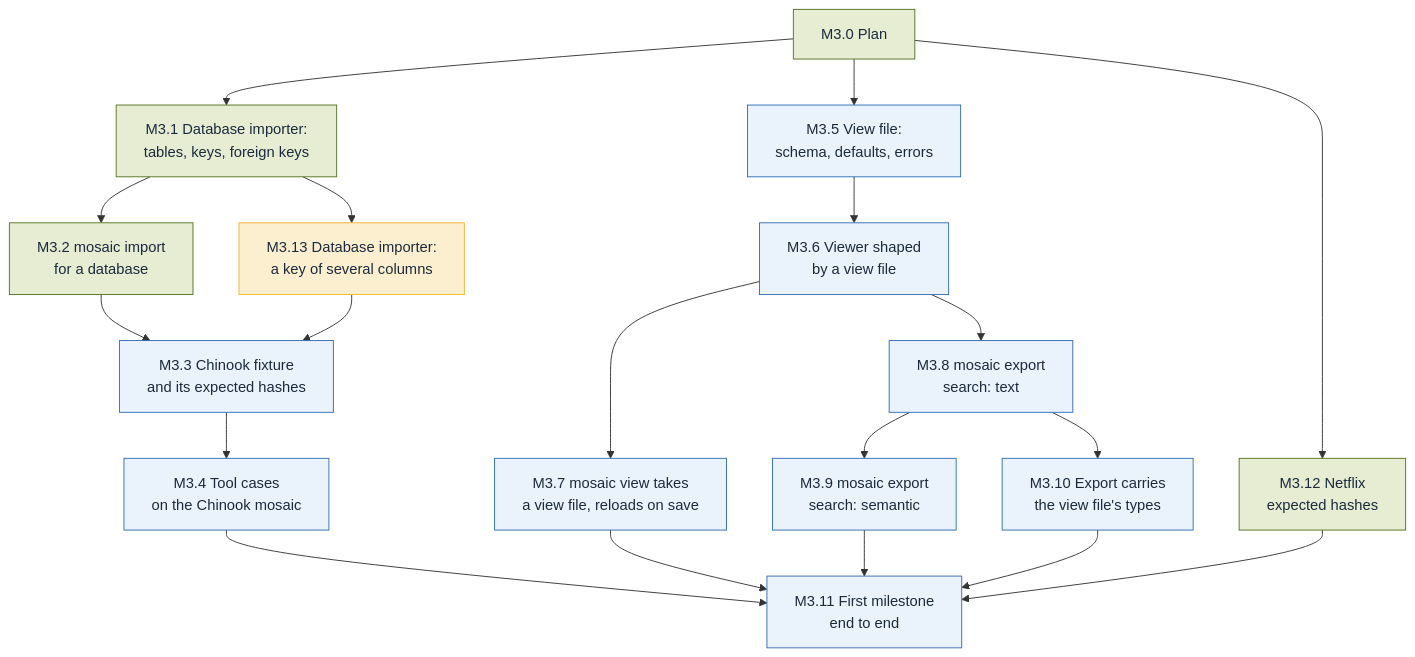
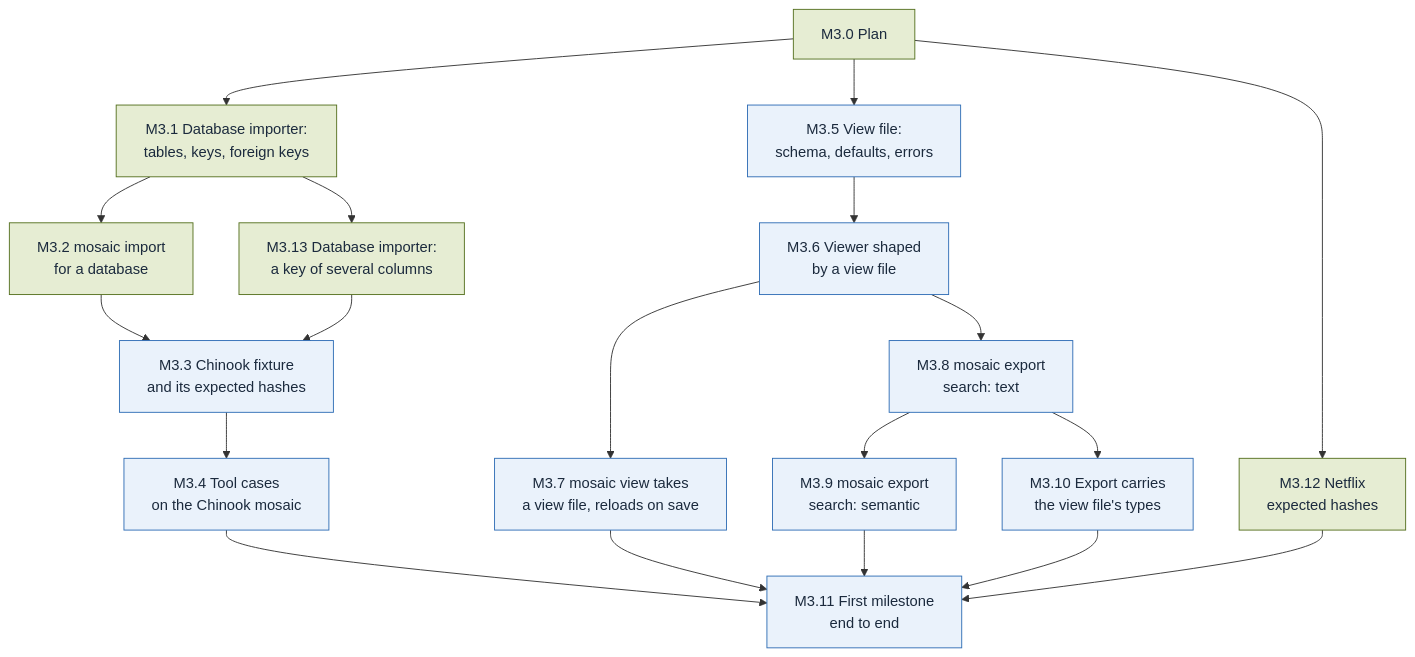
One commit to alcjor/Mosaic changed the diagram in plan/M3.md. Above: the diagram before and after it, drawn with Mermaid. The commit also changed other lines of this file and 4 other files, not shown here.

````diff
--- a/plan/M3.md
+++ b/plan/M3.md
@@ -3,41 +3,40 @@
 ```mermaid
 flowchart TD
   M3_0["M3.0 Plan"]
   M3_1["M3.1 Database importer:<br/>tables, keys, foreign keys"]
   M3_2["M3.2 mosaic import<br/>for a database"]
   M3_3["M3.3 Chinook fixture<br/>and its expected hashes"]
   M3_4["M3.4 Tool cases<br/>on the Chinook mosaic"]
   M3_5["M3.5 View file:<br/>schema, defaults, errors"]
   M3_6["M3.6 Viewer shaped<br/>by a view file"]
   M3_7["M3.7 mosaic view takes<br/>a view file, reloads on save"]
   M3_8["M3.8 mosaic export<br/>search: text"]
   M3_9["M3.9 mosaic export<br/>search: semantic"]
   M3_10["M3.10 Export carries<br/>the view file's types"]
   M3_11["M3.11 First milestone<br/>end to end"]
   M3_12["M3.12 Netflix<br/>expected hashes"]
   M3_13["M3.13 Database importer:<br/>a key of several columns"]
   M3_0 --> M3_1
   M3_1 --> M3_2
   M3_2 --> M3_3
   M3_3 --> M3_4
   M3_0 --> M3_5
   M3_5 --> M3_6
   M3_6 --> M3_7
   M3_6 --> M3_8
   M3_8 --> M3_9
   M3_8 --> M3_10
   M3_4 --> M3_11
   M3_7 --> M3_11
   M3_9 --> M3_11
   M3_10 --> M3_11
   M3_0 --> M3_12
   M3_12 --> M3_11
   M3_1 --> M3_13
   M3_13 --> M3_3
   classDef done fill:#E6EDD3,stroke:#55701F,color:#1B2A3D
   classDef todo fill:#EAF2FB,stroke:#2F6DB5,color:#1B2A3D
   classDef parked fill:#FCEFCF,stroke:#F2B630,color:#1B2A3D
-  class M3_0,M3_1,M3_2,M3_12 done
+  class M3_0,M3_1,M3_2,M3_12,M3_13 done
   class M3_3,M3_4,M3_5,M3_6,M3_7,M3_8,M3_9,M3_10,M3_11 todo
-  class M3_13 parked
 ```
````
